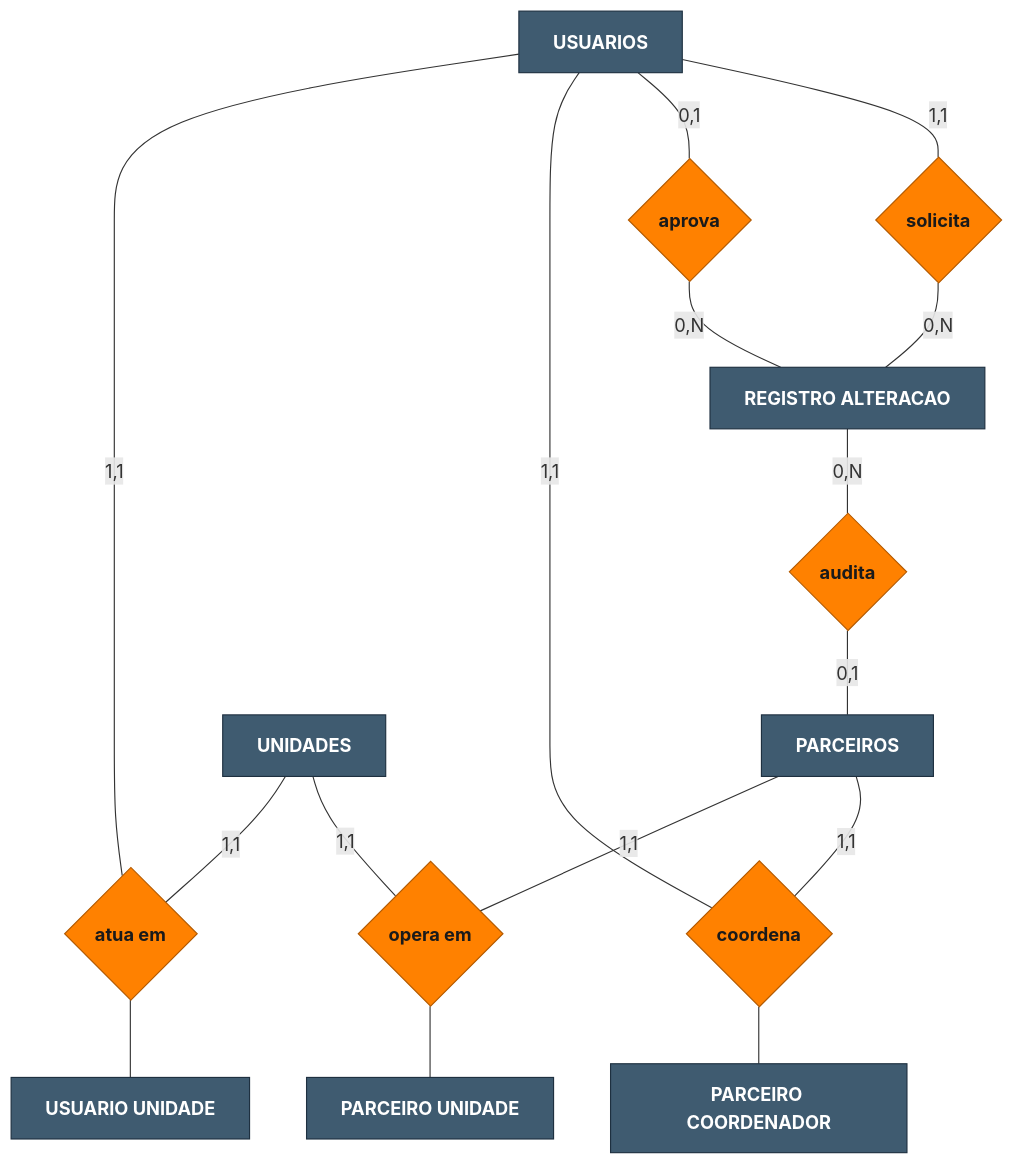
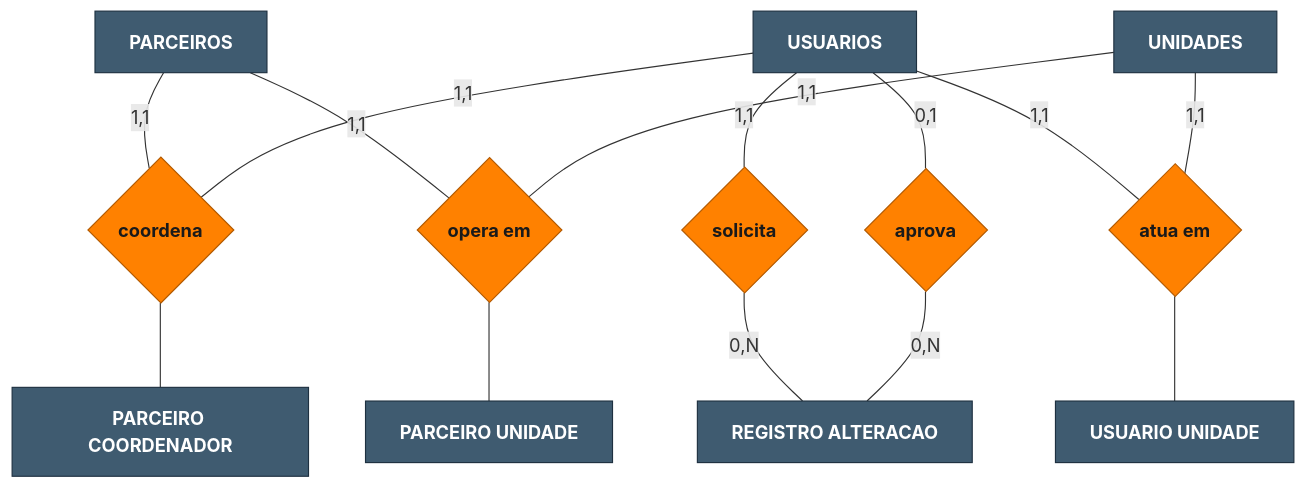
Before and after one commit to williamjrmaia/M-dulo-2---Aplica-o-Web-Atvos-: the fifth of 6 diagrams in documentos/wad.md, drawn with Mermaid. The commit also changed other lines of this file, not shown here.

````diff
--- a/documentos/wad.md
+++ b/documentos/wad.md
@@ -1891,33 +1899,31 @@
 ```mermaid
 flowchart TB
     classDef entity fill:#3F5B70,stroke:#1e3040,color:#fff,font-weight:bold
     classDef rel fill:#FF8100,stroke:#b35a00,color:#1a1a1a,font-weight:bold
 
     PARC[PARCEIROS]:::entity
     USUA[USUARIOS]:::entity
     UNID[UNIDADES]:::entity
     RA[REGISTRO ALTERACAO]:::entity
     PCOORD[PARCEIRO COORDENADOR]:::entity
     PUNID[PARCEIRO UNIDADE]:::entity
     UUNID[USUARIO UNIDADE]:::entity
 
     Rsol{solicita}:::rel
     Rapr{aprova}:::rel
-    Raud{audita}:::rel
     Rcoord{coordena}:::rel
     Ropun{opera em}:::rel
     Ratun{atua em}:::rel
 
     USUA -- "1,1" --- Rsol -- "0,N" --- RA
     USUA -- "0,1" --- Rapr -- "0,N" --- RA
-    RA -- "0,N" --- Raud -- "0,1" --- PARC
     PARC -- "1,1" --- Rcoord
     USUA -- "1,1" --- Rcoord
     Rcoord --- PCOORD
     PARC -- "1,1" --- Ropun
     UNID -- "1,1" --- Ropun
     Ropun --- PUNID
     USUA -- "1,1" --- Ratun
     UNID -- "1,1" --- Ratun
     Ratun --- UUNID
 ```
````
